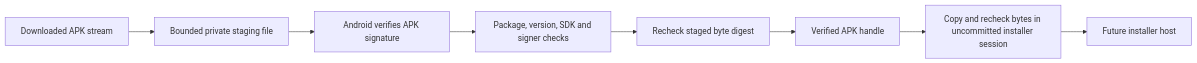
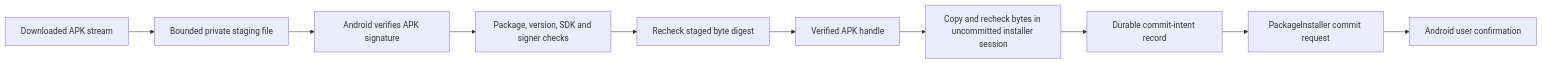
One commit to rock3r/remozio changed the diagram in android/updates.md. Above: the diagram before and after it, drawn with Mermaid. The commit also changed other lines of this file and 6 other files, not shown here.

First line of the commit message:
Hand verified updates to Android package installer (#95)

````diff
--- a/android/updates.md
+++ b/android/updates.md
@@ -5,10 +5,12 @@
 ```mermaid
 flowchart LR
   Source[Downloaded APK stream] --> Private[Bounded private staging file]
   Private --> Signature[Android verifies APK signature]
   Signature --> Identity[Package, version, SDK and signer checks]
   Identity --> Binding[Recheck staged byte digest]
   Binding --> Handle[Verified APK handle]
   Handle --> Session[Copy and recheck bytes in uncommitted installer session]
-  Session --> Later[Future installer host]
+  Session --> Record[Durable commit-intent record]
+  Record --> Commit[PackageInstaller commit request]
+  Commit --> Confirm[Android user confirmation]
 ```
````
